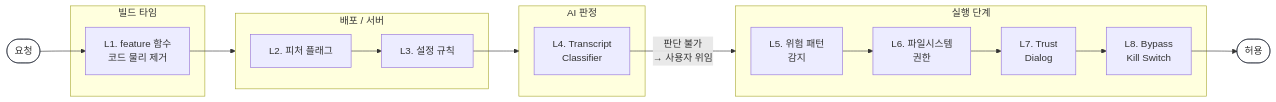
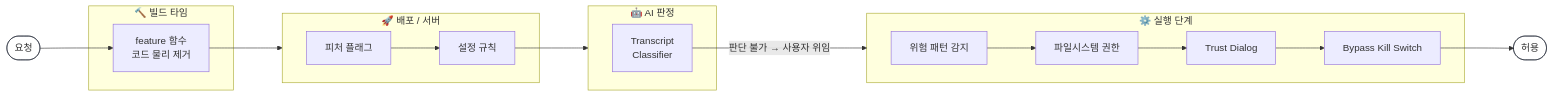
Before and after one commit to currenjin/currenjin.github.io: the sixth of 9 diagrams in _wiki/claude-code.md, drawn with Mermaid.

Commit message:
fix: Increase node/rank spacing in security layer diagram

````diff
--- a/_wiki/claude-code.md
+++ b/_wiki/claude-code.md
@@ -284,33 +284,34 @@
 ```mermaid
+%%{init: {'flowchart': {'nodeSpacing': 40, 'rankSpacing': 80}}}%%
 flowchart LR
     REQ([요청]) --> L1
 
-    subgraph BUILD ["빌드 타임"]
-        L1[L1. feature 함수\n코드 물리 제거]
+    subgraph BUILD ["🔨 빌드 타임"]
+        L1[feature 함수\n코드 물리 제거]
     end
 
-    subgraph DEPLOY ["배포 / 서버"]
-        L2[L2. 피처 플래그]
-        L3[L3. 설정 규칙]
+    subgraph DEPLOY ["🚀 배포 / 서버"]
+        L2[피처 플래그]
+        L3[설정 규칙]
     end
 
-    subgraph RUNTIME ["AI 판정"]
-        L4[L4. Transcript\nClassifier]
+    subgraph RUNTIME ["🤖 AI 판정"]
+        L4[Transcript\nClassifier]
     end
 
-    subgraph EXEC ["실행 단계"]
-        L5[L5. 위험 패턴\n감지]
-        L6[L6. 파일시스템\n권한]
-        L7[L7. Trust\nDialog]
-        L8[L8. Bypass\nKill Switch]
+    subgraph EXEC ["⚙️ 실행 단계"]
+        L5[위험 패턴 감지]
+        L6[파일시스템 권한]
+        L7[Trust Dialog]
+        L8[Bypass Kill Switch]
     end
 
     L1 --> DEPLOY
     L2 --> L3 --> RUNTIME
-    L4 -->|판단 불가\n→ 사용자 위임| EXEC
+    L4 -->|판단 불가 → 사용자 위임| EXEC
     L5 --> L6 --> L7 --> L8
     L8 --> OK([허용])
 
     style REQ fill:transparent,stroke:#111827
     style OK fill:transparent,stroke:#111827
 ```
````
